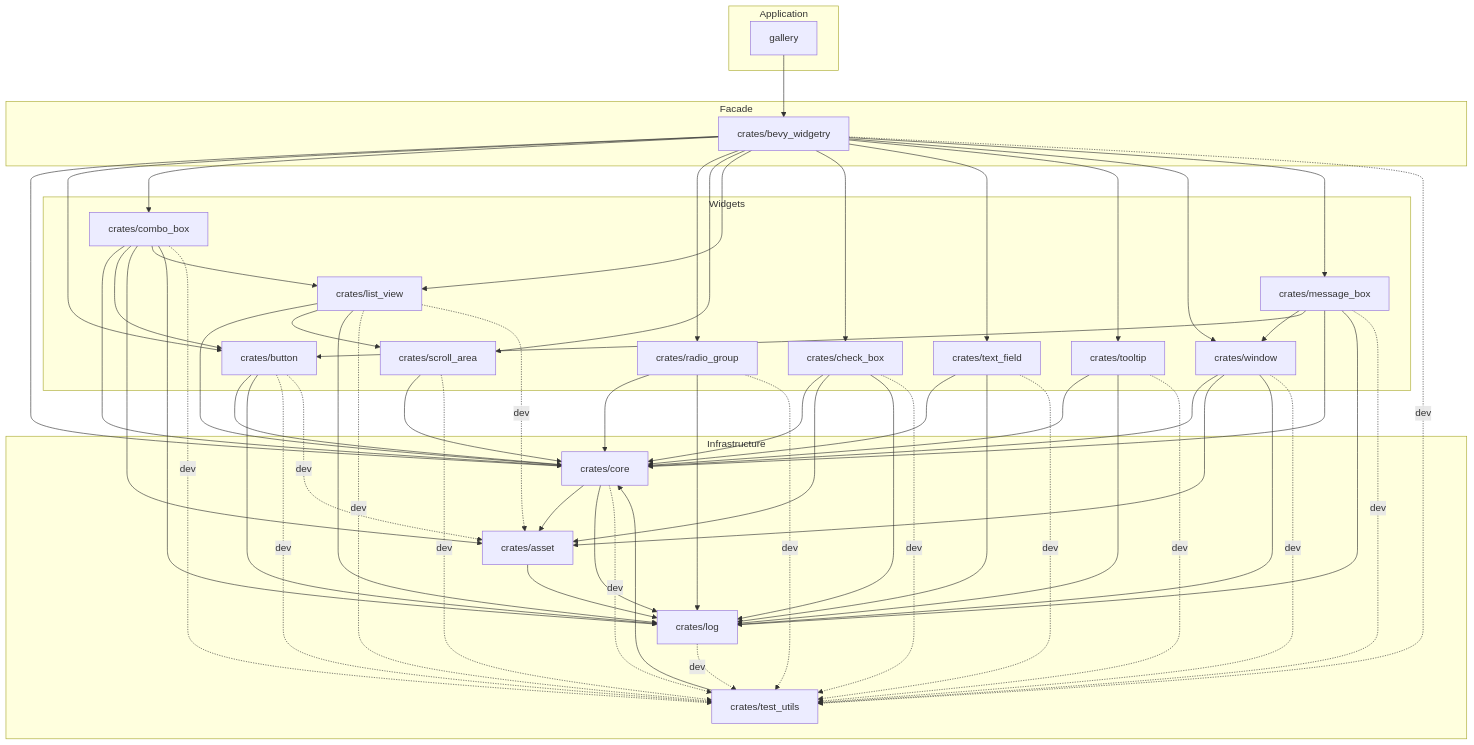
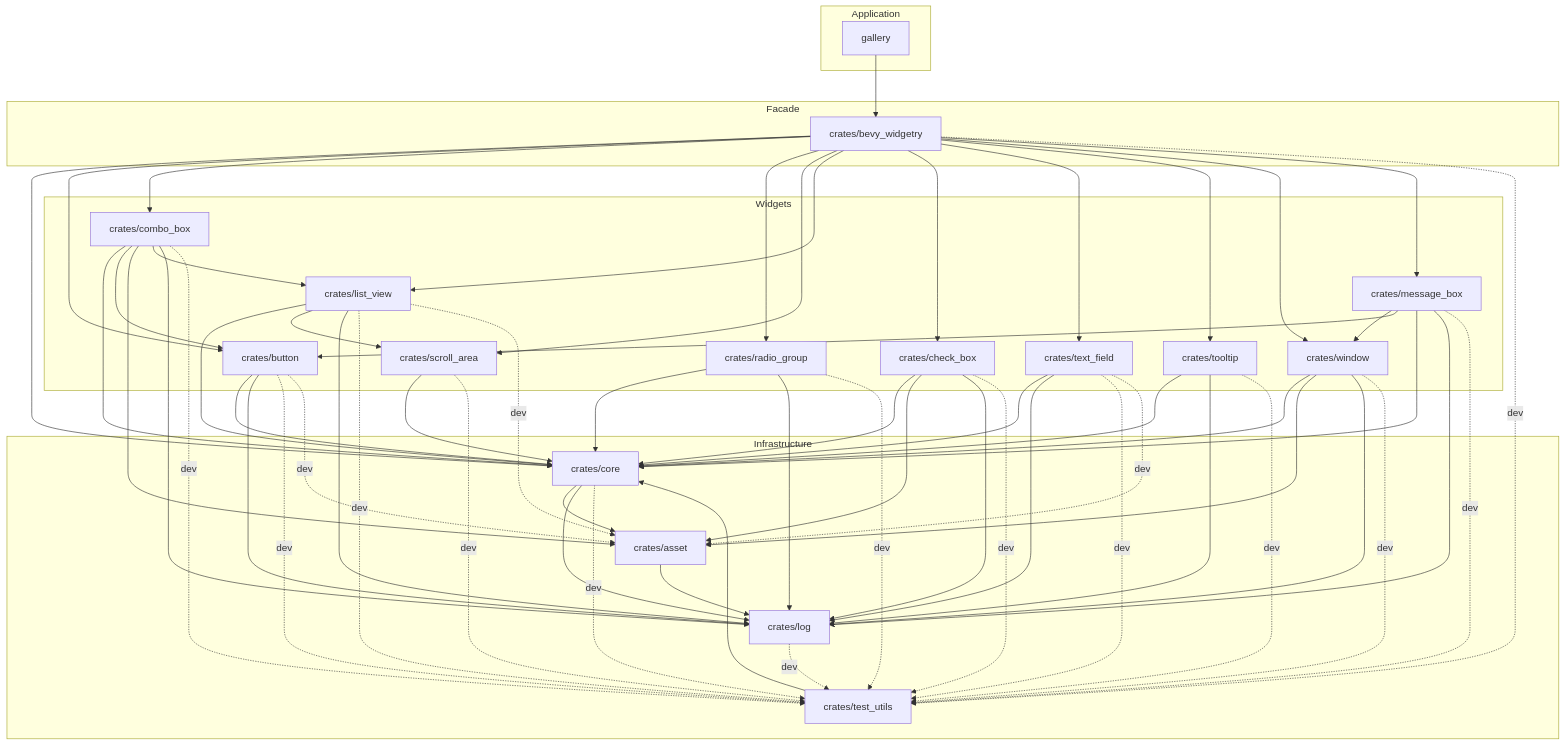
The diagram in docs/architecture.md (slc90/bevy_widgetry), drawn with Mermaid before and after one commit. The commit also changed 8 other files, not shown here.

Commit message:
连接 TextField 编辑消费与禁用恢复的合同验证

```diff
--- a/docs/architecture.md
+++ b/docs/architecture.md
@@ -254,6 +254,7 @@
     radio_group -. dev .-> test_utils
     check_box -. dev .-> test_utils
     text_field -. dev .-> test_utils
+    text_field -. dev .-> asset
     tooltip -. dev .-> test_utils
     window -. dev .-> test_utils
     message_box -. dev .-> test_utils
```
